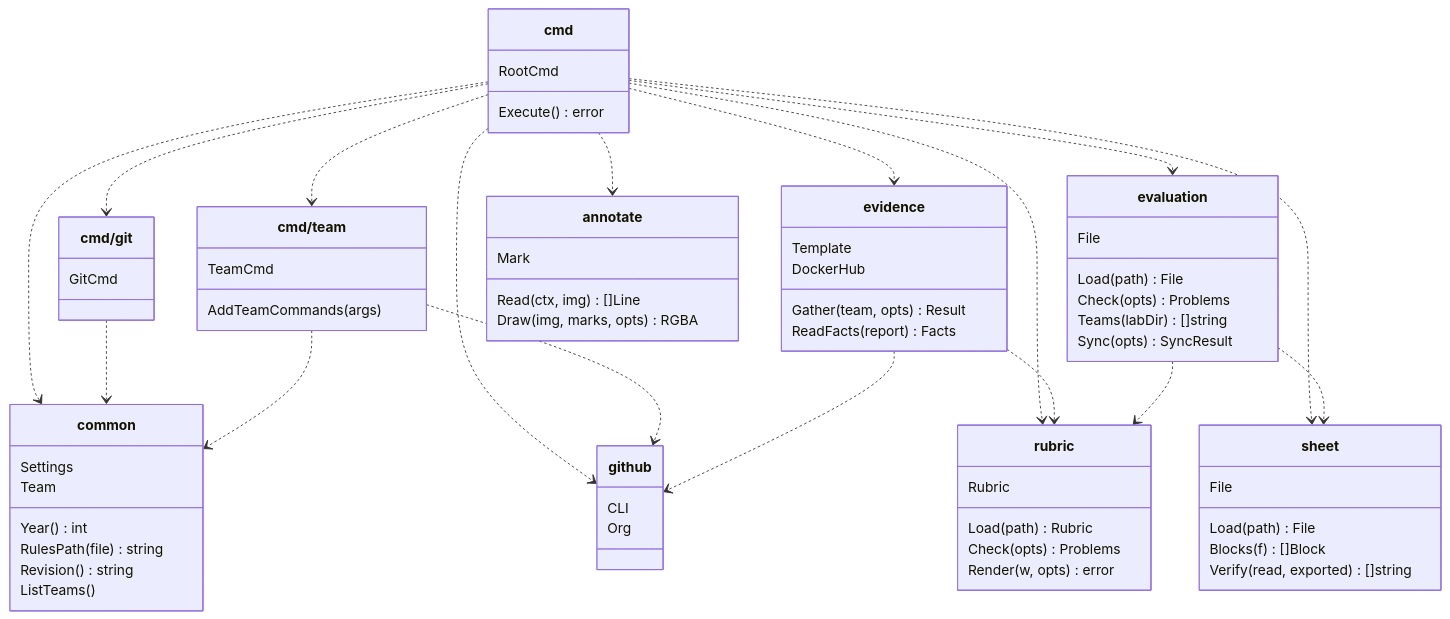
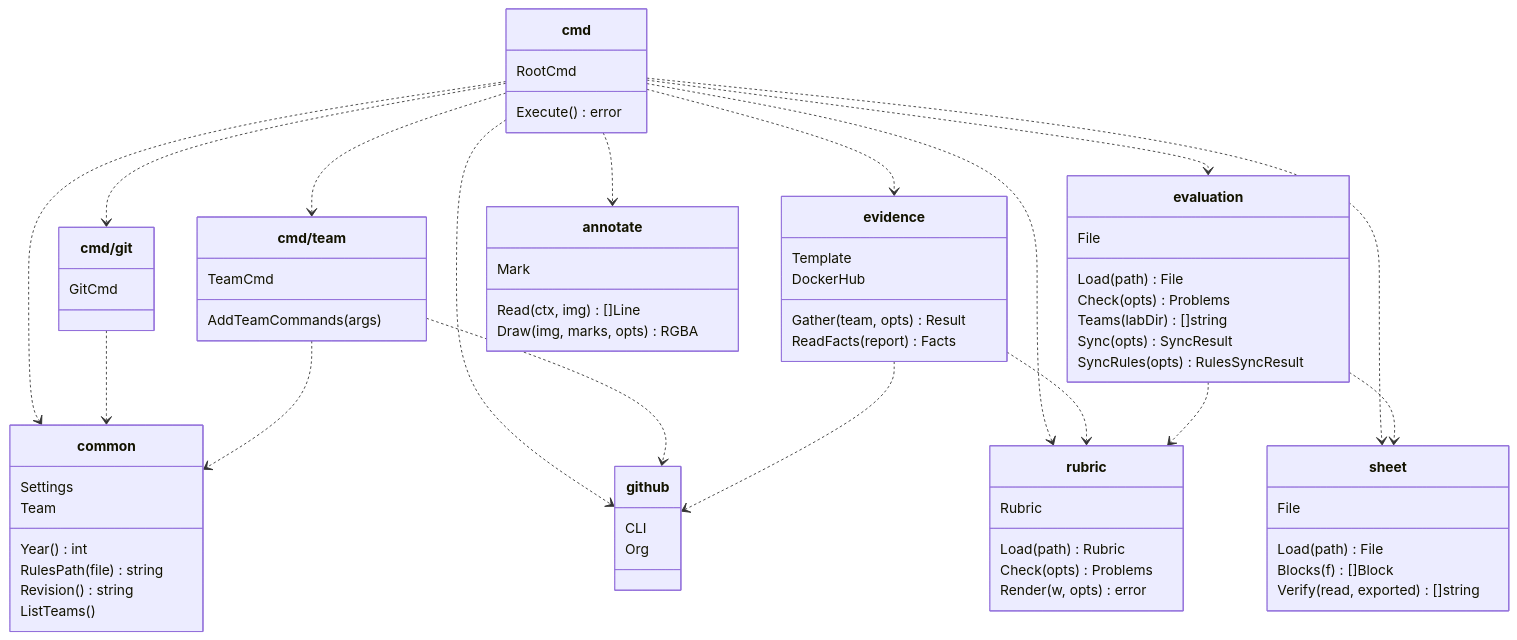
Before and after one commit to mincong-classroom/mc: the diagram in CONTRIBUTING.md, drawn with Mermaid. The commit also changed other lines of this file and 11 other files, not shown here.

Commit message:
Write the rules of the year to the tab Rules with mc rule sync (#37)

````diff
--- a/CONTRIBUTING.md
+++ b/CONTRIBUTING.md
@@ -9,73 +9,74 @@
 ```mermaid
 classDiagram
     direction TB
     class cmd {
         RootCmd
         Execute() error
     }
     class cmd_git["cmd/git"] {
         GitCmd
     }
     class cmd_team["cmd/team"] {
         TeamCmd
         AddTeamCommands(args)
     }
     class common {
         Settings
         Team
         Year() int
         RulesPath(file) string
         Revision() string
         ListTeams()
     }
     class github {
         CLI
         Org
     }
     class rubric {
         Rubric
         Load(path) Rubric
         Check(opts) Problems
         Render(w, opts) error
     }
     class evidence {
         Gather(team, opts) Result
         ReadFacts(report) Facts
         Template
         DockerHub
     }
     class evaluation {
         File
         Load(path) File
         Check(opts) Problems
         Teams(labDir) []string
         Sync(opts) SyncResult
+        SyncRules(opts) RulesSyncResult
     }
     class sheet {
         File
         Load(path) File
         Blocks(f) []Block
         Verify(read, exported) []string
     }
     class annotate {
         Mark
         Read(ctx, img) []Line
         Draw(img, marks, opts) RGBA
     }
     cmd ..> cmd_git
     cmd ..> cmd_team
     cmd ..> common
     cmd ..> evidence
     cmd ..> evaluation
     cmd ..> annotate
     cmd ..> sheet
     cmd ..> github
     cmd ..> rubric
     cmd_git ..> common
     cmd_team ..> common
     cmd_team ..> github
     evidence ..> github
     evidence ..> rubric
     evaluation ..> rubric
     evaluation ..> sheet
 ```
````
